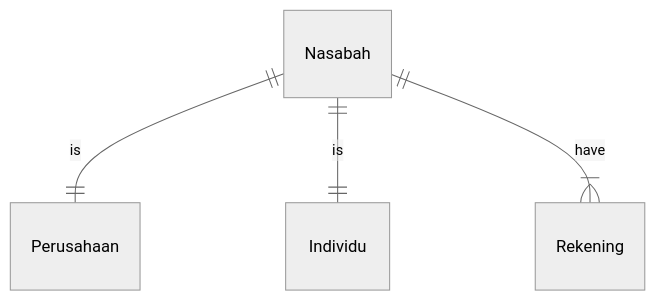
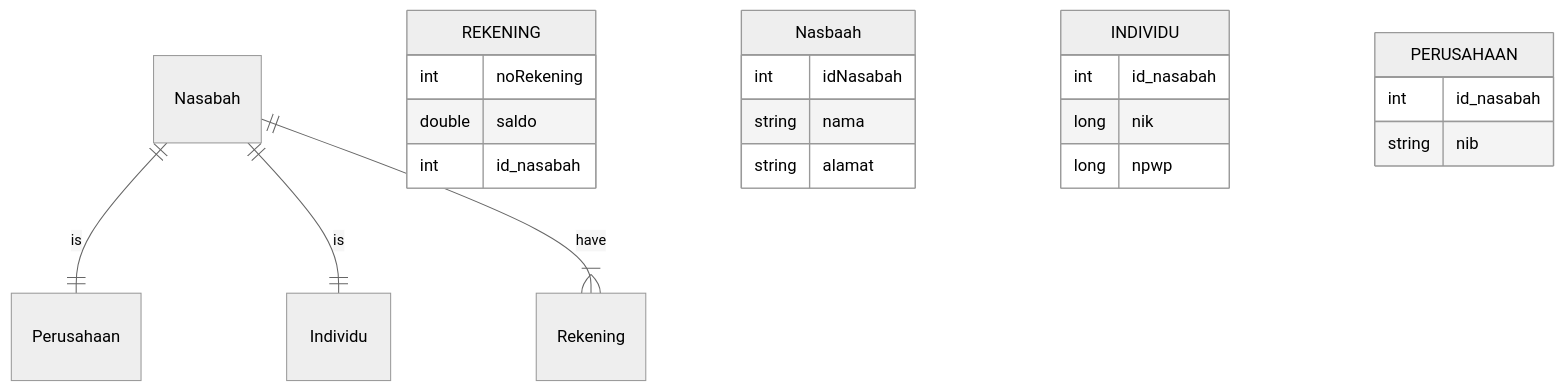
One commit to nursetiowati2013/UAS_PBO changed the second of 2 diagrams in README.md. Above: the diagram before and after it, drawn with Mermaid (neutral theme).

````diff
--- a/README.md
+++ b/README.md
@@ -44,6 +44,28 @@
  ```mermaid  
   erDiagram
           Nasabah ||--|| Perusahaan : is
           Nasabah ||--|| Individu : is
           Nasabah ||--|{ Rekening : have
+          
+          REKENING{
+                int noRekening
+                double saldo
+                int id_nasabah
+            }
+
+            Nasbaah {
+                int idNasabah
+                string nama
+                string alamat
+            }
+            
+            INDIVIDU{
+                int id_nasabah
+                long nik
+                long npwp
+            }
+            PERUSAHAAN{
+                int id_nasabah
+                string nib
+            }
 ```
````
